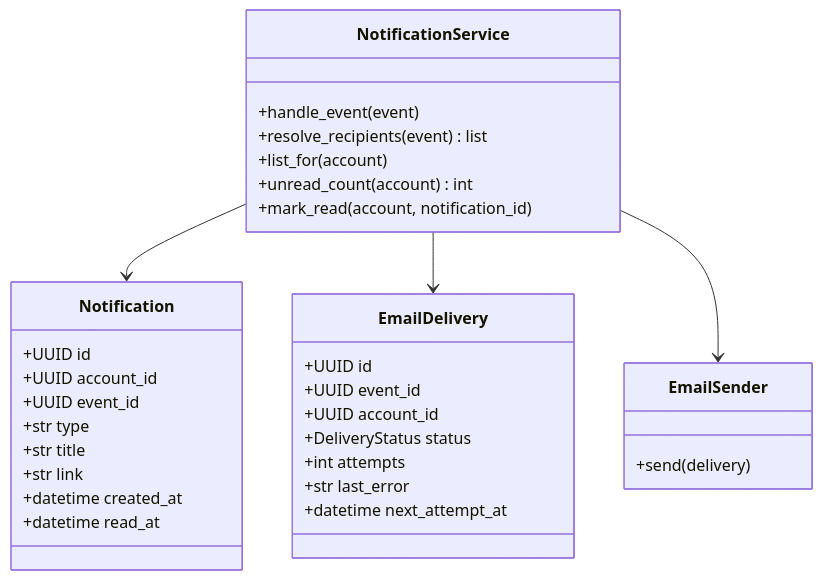
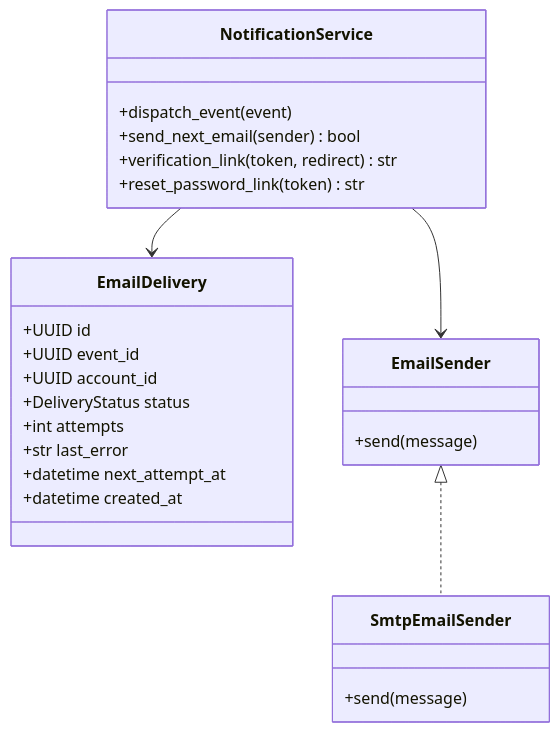
Diagram 14 of 15 in docs/midterm/D-物件設計文件.md (Team14good/esport-platform), drawn with Mermaid before and after one commit. The commit also changed other lines of this file and 14 other files, not shown here.

````diff
--- a/docs/midterm/D-物件設計文件.md
+++ b/docs/midterm/D-物件設計文件.md
@@ -614,35 +731,28 @@
 ```mermaid
 classDiagram
-  class Notification {
-    +UUID id
-    +UUID account_id
-    +UUID event_id
-    +str type
-    +str title
-    +str link
-    +datetime created_at
-    +datetime read_at
-  }
   class EmailDelivery {
     +UUID id
     +UUID event_id
     +UUID account_id
     +DeliveryStatus status
     +int attempts
     +str last_error
     +datetime next_attempt_at
+    +datetime created_at
   }
   class NotificationService {
-    +handle_event(event)
-    +resolve_recipients(event) list
-    +list_for(account)
-    +unread_count(account) int
-    +mark_read(account, notification_id)
+    +dispatch_event(event)
+    +send_next_email(sender) bool
+    +verification_link(token, redirect) str
+    +reset_password_link(token) str
   }
   class EmailSender {
-    +send(delivery)
+    +send(message)
   }
-  NotificationService --> Notification
+  class SmtpEmailSender {
+    +send(message)
+  }
   NotificationService --> EmailDelivery
   NotificationService --> EmailSender
+  EmailSender <|.. SmtpEmailSender
 ```
````
